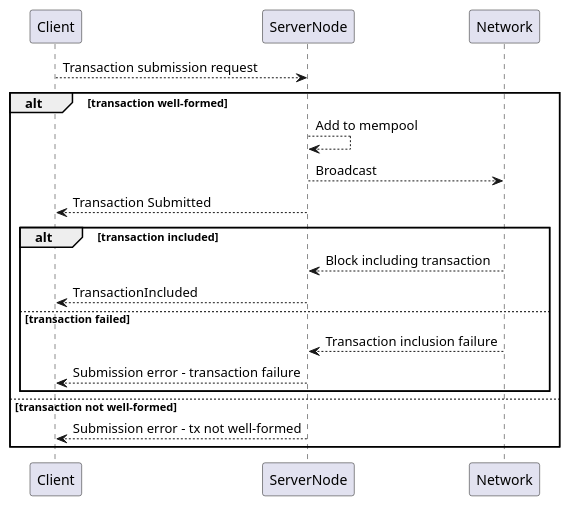
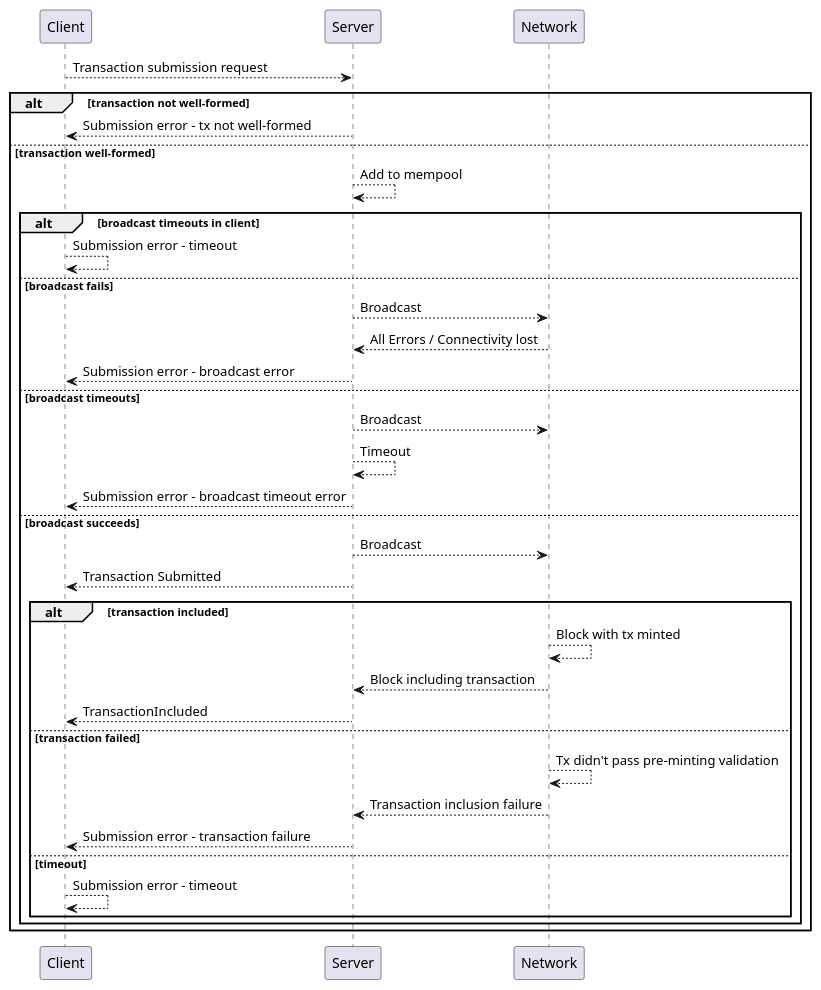
The diagram in apis-and-common-types/transaction-submission/sequence.puml (midnightntwrk/midnight-architecture), drawn with PlantUML before and after one commit. The commit also changed 1 other file, not shown here.

Commit message:
Specifiy expected servers of submission API, add timeout case.

```diff
--- a/apis-and-common-types/transaction-submission/sequence.puml
+++ b/apis-and-common-types/transaction-submission/sequence.puml
@@ -1,19 +1,35 @@
 @startuml
 
-Client --> ServerNode : Transaction submission request
+Client --> Server : Transaction submission request
 
-alt transaction well-formed
-    ServerNode --> ServerNode : Add to mempool
-    ServerNode --> Network : Broadcast
-    Client <-- ServerNode : Transaction Submitted
-    alt transaction included
-        ServerNode <-- Network : Block including transaction
-        Client <-- ServerNode : TransactionIncluded
-    else transaction failed
-        ServerNode <-- Network : Transaction inclusion failure
-        Client <-- ServerNode : Submission error - transaction failure
+alt transaction not well-formed
+        Client <-- Server : Submission error - tx not well-formed
+else transaction well-formed
+    Server --> Server : Add to mempool
+    alt broadcast timeouts in client
+        Client --> Client : Submission error - timeout
+    else broadcast fails
+        Server --> Network : Broadcast
+        Server <-- Network : All Errors / Connectivity lost
+        Client <-- Server : Submission error - broadcast error
+    else broadcast timeouts
+        Server --> Network : Broadcast
+        Server --> Server : Timeout
+        Client <-- Server : Submission error - broadcast timeout error
+    else broadcast succeeds
+        Server --> Network : Broadcast
+        Client <-- Server : Transaction Submitted
+        alt transaction included
+            Network --> Network : Block with tx minted
+            Server <-- Network : Block including transaction
+            Client <-- Server : TransactionIncluded
+        else transaction failed
+            Network --> Network : Tx didn't pass pre-minting validation
+            Server <-- Network : Transaction inclusion failure
+            Client <-- Server : Submission error - transaction failure
+        else timeout
+            Client --> Client : Submission error - timeout
+        end
     end
-else transaction not well-formed
-    Client <-- ServerNode : Submission error - tx not well-formed
 end
 @enduml
```
